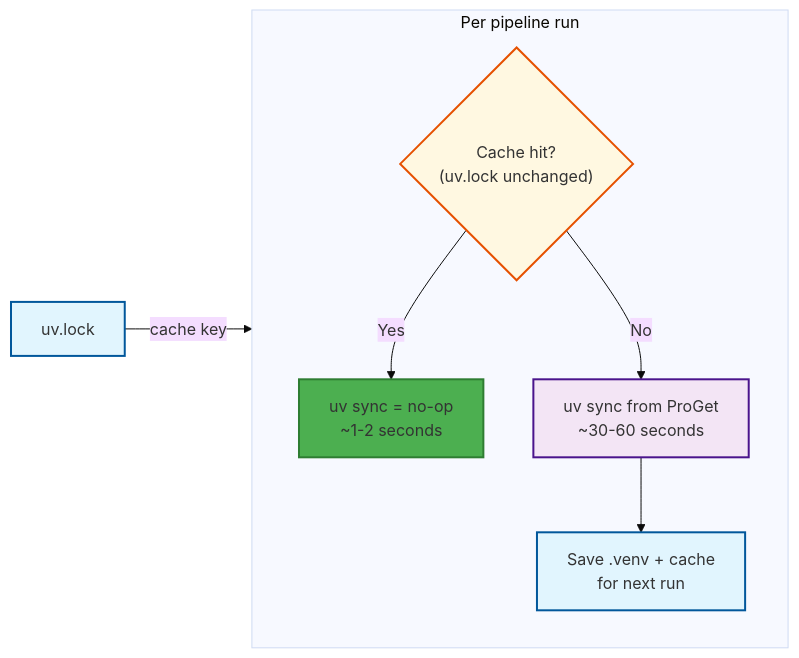
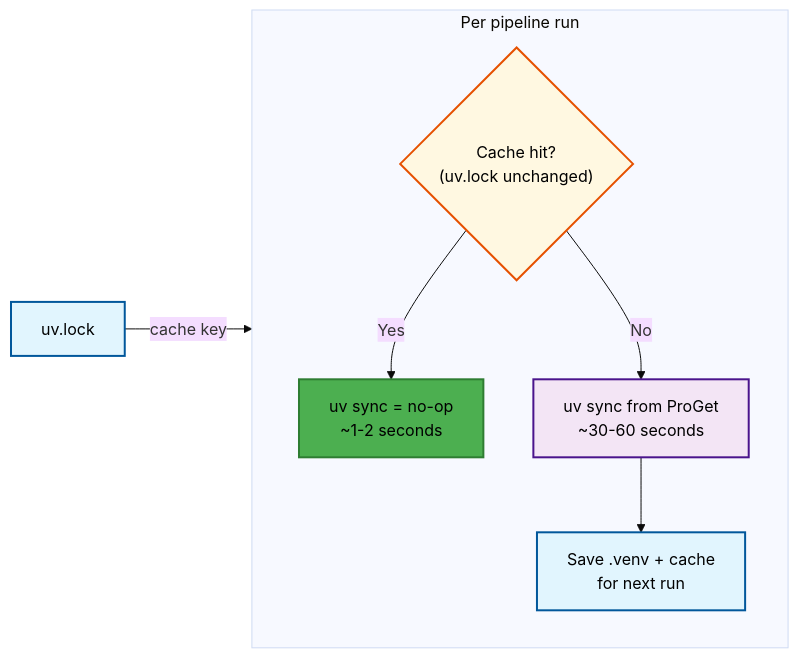
One commit to victorvos/devops_agent changed the seventh of 9 diagrams in README.md. Above: the diagram before and after it, drawn with Mermaid (base theme). The commit also changed other lines of this file and 1 other file, not shown here.

First line of the commit message:
Fix Mermaid text color: use #000000 instead of named colors

````diff
--- a/README.md
+++ b/README.md
@@ -441,19 +421,19 @@
 ```mermaid
 flowchart LR
     subgraph "Per pipeline run"
         direction TB
         C{"Cache hit?<br/>(uv.lock unchanged)"}
         C -->|"Yes"| NOOP["uv sync = no-op<br/>~1-2 seconds"]
         C -->|"No"| SYNC["uv sync from ProGet<br/>~30-60 seconds"]
         SYNC --> SAVE["Save .venv + cache<br/>for next run"]
     end
 
     UV_LOCK["uv.lock"] -->|"cache key"| C
 
     %% Styling
-    style C fill:#fff8e1,stroke:#e65100,stroke-width:2px,color:#black
-    style NOOP fill:#4caf50,stroke:#2e7d32,stroke-width:2px,color:#white
-    style SYNC fill:#f3e5f5,stroke:#4a148c,stroke-width:2px,color:#black
-    style SAVE fill:#e1f5fe,stroke:#01579b,stroke-width:2px,color:#black
-    style UV_LOCK fill:#e1f5fe,stroke:#01579b,stroke-width:2px,color:#black
+    style C fill:#fff8e1,stroke:#e65100,stroke-width:2px,color:#000000
+    style NOOP fill:#4caf50,stroke:#2e7d32,stroke-width:2px,color:#000000
+    style SYNC fill:#f3e5f5,stroke:#4a148c,stroke-width:2px,color:#000000
+    style SAVE fill:#e1f5fe,stroke:#01579b,stroke-width:2px,color:#000000
+    style UV_LOCK fill:#e1f5fe,stroke:#01579b,stroke-width:2px,color:#000000
 ```
````
